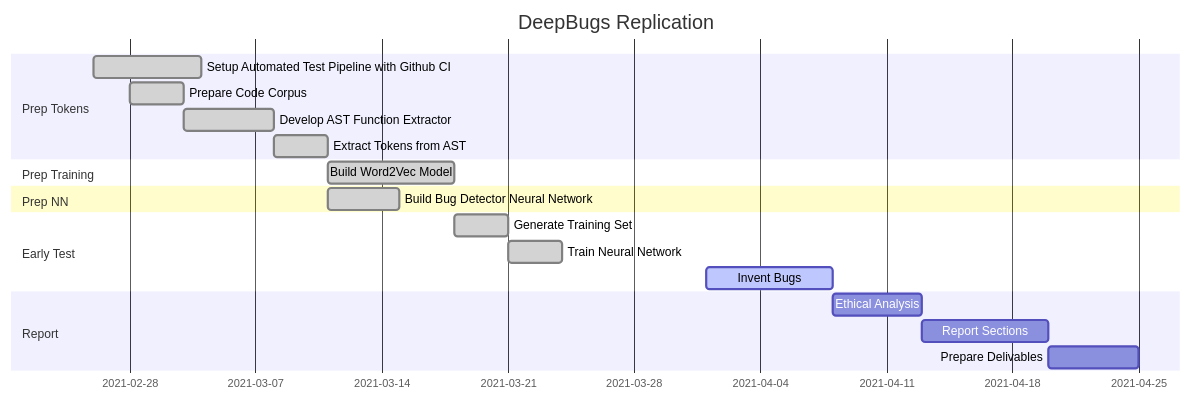
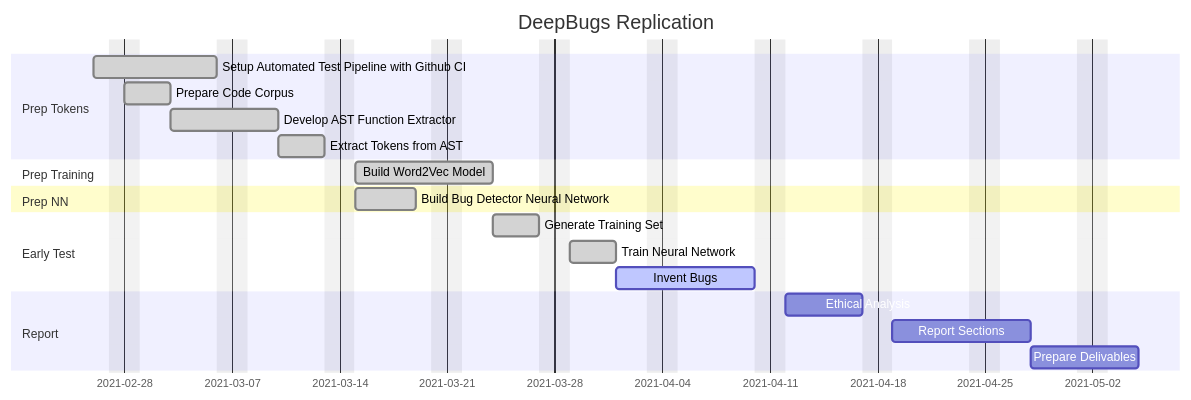
Before and after one commit to PurdueDualityLab/deepbugs-jr: the first of 2 diagrams in README.md, drawn with Mermaid.

````diff
--- a/README.md
+++ b/README.md
@@ -12,24 +12,24 @@
 ```mermaid
 gantt
     title DeepBugs Replication
         dateFormat YYYY-MM-DD
-        excludes weekend
+        excludes Saturday, Sunday
         section Prep Tokens
             Setup Automated Test Pipeline with Github CI       :done, p1, 2021-02-26, 6d
             Prepare Code Corpus                                :done, p2, 2021-02-28, 3d 
             Develop AST Function Extractor                     :done, p3, after p2, 5d
             Extract Tokens from AST                            :done, p4, after p3, 3d
         section Prep Training
             Build Word2Vec Model                               :done, w1, after p4, 7d
         section Prep NN
             Build Bug Detector Neural Network                  :done, b1, after p4, 4d
         section Early Test
             Generate Training Set                              :done, e1, after w1, 3d
             Train Neural Network                               :done, e2, after e1, 3d
             Invent Bugs                                        :active, e3, 2021-04-01, 7d
         section Report
             Ethical Analysis                                   :      r1, after e3, 5d
             Report Sections                                    :      r2, after r1, 7d
             Prepare Delivables                                 :      r3, after r2, 5d
             
 ```
````
